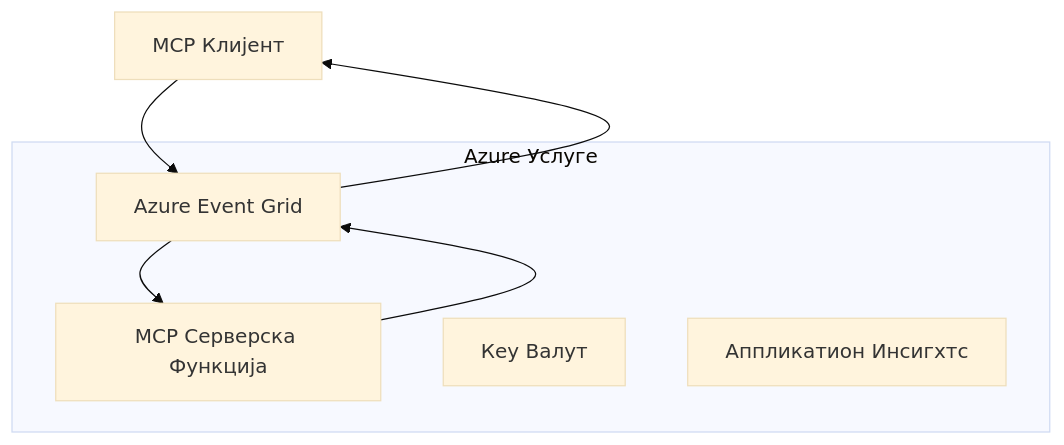
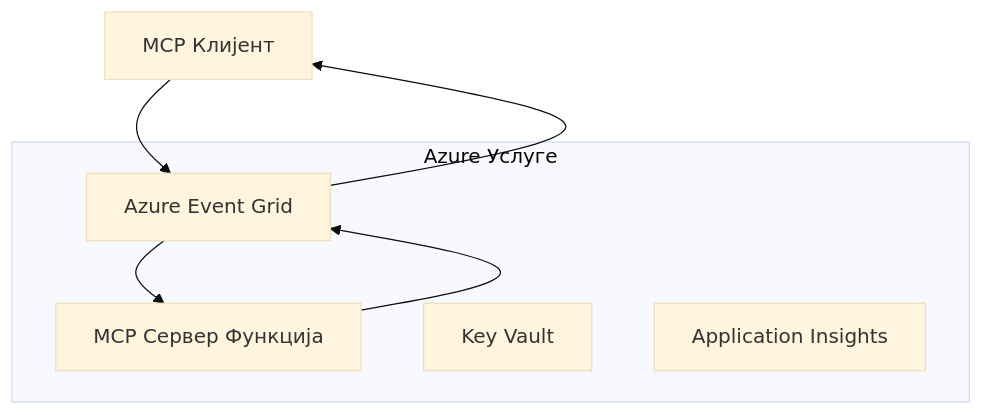
Before and after one commit to HIDORAKAI002/ai-workspace-archive: the first of 2 diagrams in mcp_ecosystem__model_context_protocol/mcp_learning_resources/mcp-for-beginners/translations/sr/05-AdvancedTopics/mcp-transport/README.md, drawn with Mermaid (base theme). The commit also changed other lines of this file and 1046 other files, not shown here.

````diff
--- a/mcp_ecosystem__model_context_protocol/mcp_learning_resources/mcp-for-beginners/translations/sr/05-AdvancedTopics/mcp-transport/README.md
+++ b/mcp_ecosystem__model_context_protocol/mcp_learning_resources/mcp-for-beginners/translations/sr/05-AdvancedTopics/mcp-transport/README.md
@@ -58,14 +60,14 @@
 ```mermaid
 graph TB
     Client[MCP Клијент] --> EG[Azure Event Grid]
-    EG --> Server[MCP Серверска Функција]
+    EG --> Server[MCP Сервер Функција]
     Server --> EG
     EG --> Client
     
     subgraph "Azure Услуге"
         EG
         Server
-        KV[Кеy Валут]
-        Monitor[Аппликатион Инсигхтс]
+        KV[Key Vault]
+        Monitor[Application Insights]
     end
 ```
````
